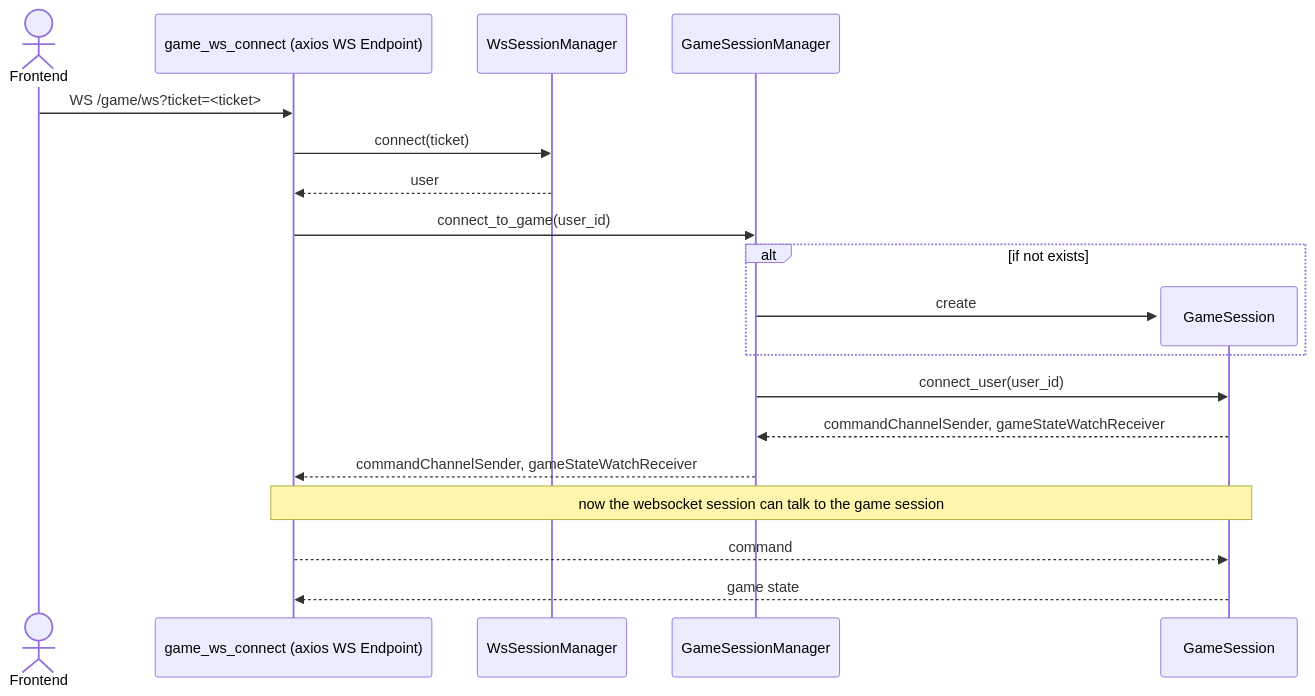
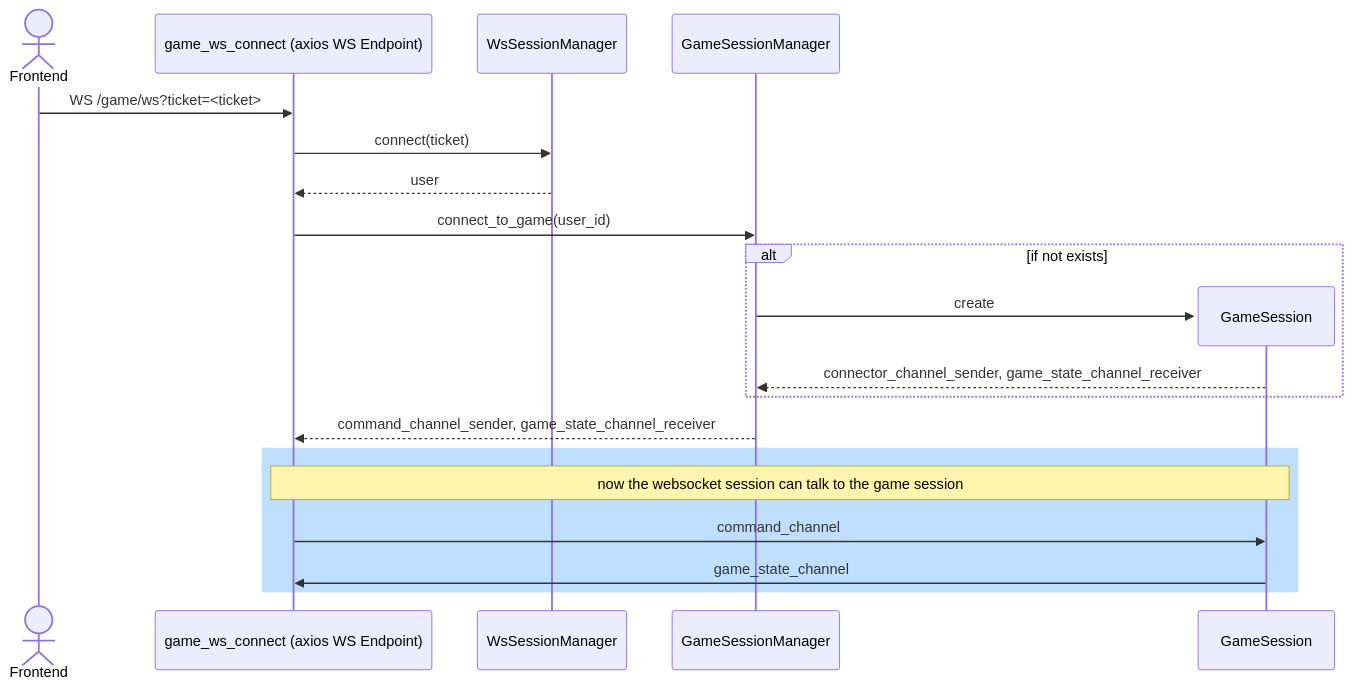
One commit to jakob-rzeppa/turnkeeper changed the second of 2 diagrams in docs/backend/processes/websocket-session.md. Above: the diagram before and after it, drawn with Mermaid. The commit also changed 45 other files, not shown here.

````diff
--- a/docs/backend/processes/websocket-session.md
+++ b/docs/backend/processes/websocket-session.md
@@ -31,26 +33,26 @@
 ```mermaid
 sequenceDiagram
     actor f as Frontend
     participant ws_c as game_ws_connect (axios WS Endpoint)
     participant wsm as WsSessionManager
     participant gsm as GameSessionManager
 
     f ->> ws_c : WS /game/ws?ticket=<ticket>
     ws_c ->> wsm : connect(ticket)
     wsm -->> ws_c : user
 
     ws_c ->> gsm : connect_to_game(user_id)
 
     alt if not exists
     create participant gs as GameSession
     gsm ->> gs : create
+    gs -->> gsm : connector_channel_sender, game_state_channel_receiver
     end
-    gsm ->> gs : connect_user(user_id)
-    gs -->> gsm : commandChannelSender, gameStateWatchReceiver
+    gsm -->> ws_c : command_channel_sender, game_state_channel_receiver
 
-    gsm -->> ws_c : commandChannelSender, gameStateWatchReceiver
-
+    rect rgb(191, 223, 255)
     note over ws_c, gs : now the websocket session can talk to the game session
-    ws_c -->> gs : command
-    gs -->> ws_c : game state
+    ws_c ->> gs : command_channel
+    gs ->> ws_c : game_state_channel
+    end
 ```
````
